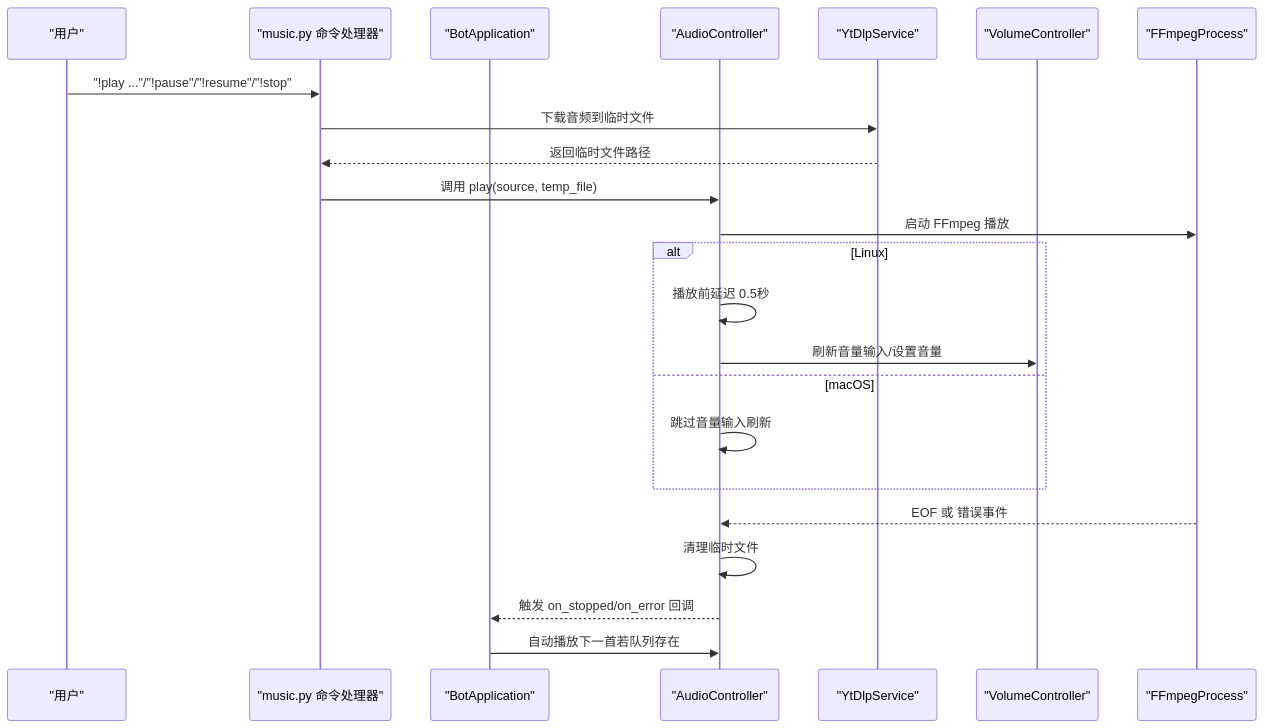
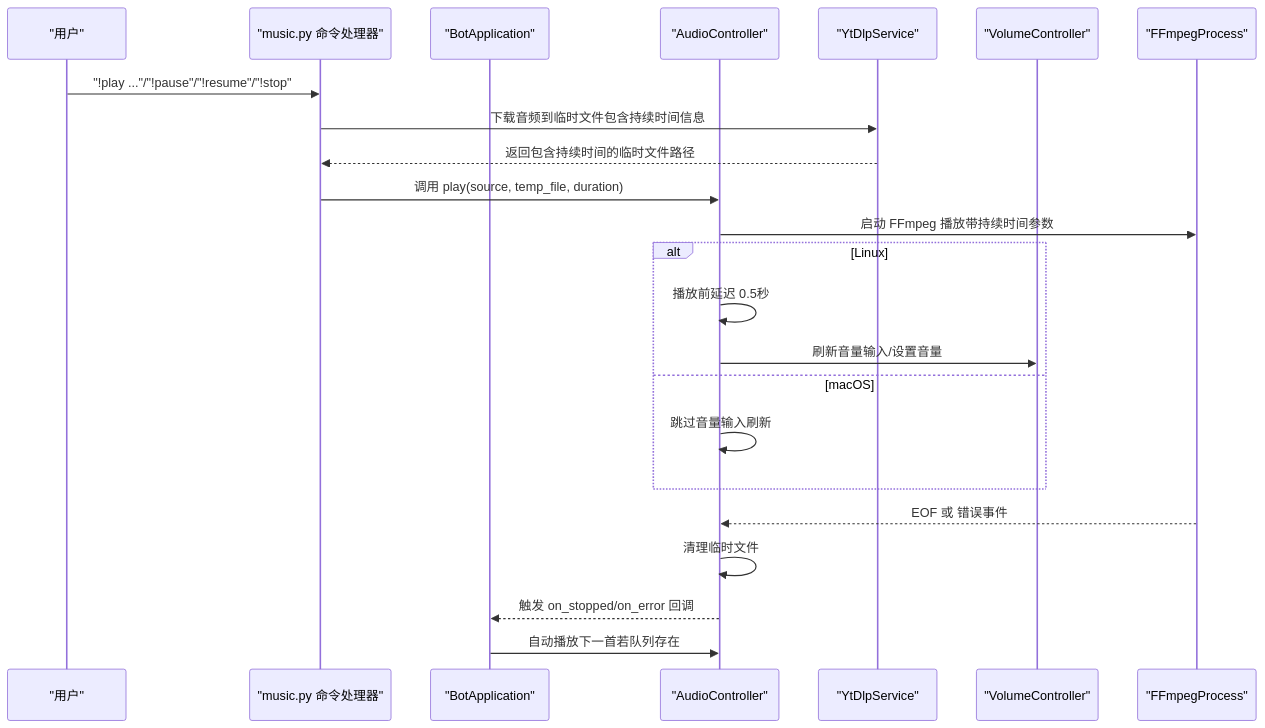
Before and after one commit to GhoulOwl/Teamspeak3_Bot: the second of 9 diagrams in .qoder/repowiki/zh/content/音乐播放系统/音频控制器.md, drawn with Mermaid. The commit also changed other lines of this file and 7 other files, not shown here.

````diff
--- a/.qoder/repowiki/zh/content/音乐播放系统/音频控制器.md
+++ b/.qoder/repowiki/zh/content/音乐播放系统/音频控制器.md
@@ -148,25 +136,25 @@
 ```mermaid
 sequenceDiagram
 participant User as "用户"
 participant Cmd as "music.py 命令处理器"
 participant App as "BotApplication"
 participant Ctrl as "AudioController"
 participant YTDL as "YtDlpService"
 participant Vol as "VolumeController"
 participant FF as "FFmpegProcess"
 User->>Cmd : "!play ..."/"!pause"/"!resume"/"!stop"
-Cmd->>YTDL : 下载音频到临时文件
-YTDL-->>Cmd : 返回临时文件路径
-Cmd->>Ctrl : 调用 play(source, temp_file)
-Ctrl->>FF : 启动 FFmpeg 播放
+Cmd->>YTDL : 下载音频到临时文件包含持续时间信息
+YTDL-->>Cmd : 返回包含持续时间的临时文件路径
+Cmd->>Ctrl : 调用 play(source, temp_file, duration)
+Ctrl->>FF : 启动 FFmpeg 播放带持续时间参数
 alt Linux
 Ctrl->>Ctrl : 播放前延迟 0.5秒
 Ctrl->>Vol : 刷新音量输入/设置音量
 else macOS
 Ctrl->>Ctrl : 跳过音量输入刷新
 end
 FF-->>Ctrl : EOF 或 错误事件
 Ctrl->>Ctrl : 清理临时文件
 Ctrl-->>App : 触发 on_stopped/on_error 回调
 App->>Ctrl : 自动播放下一首若队列存在
 ```
````
